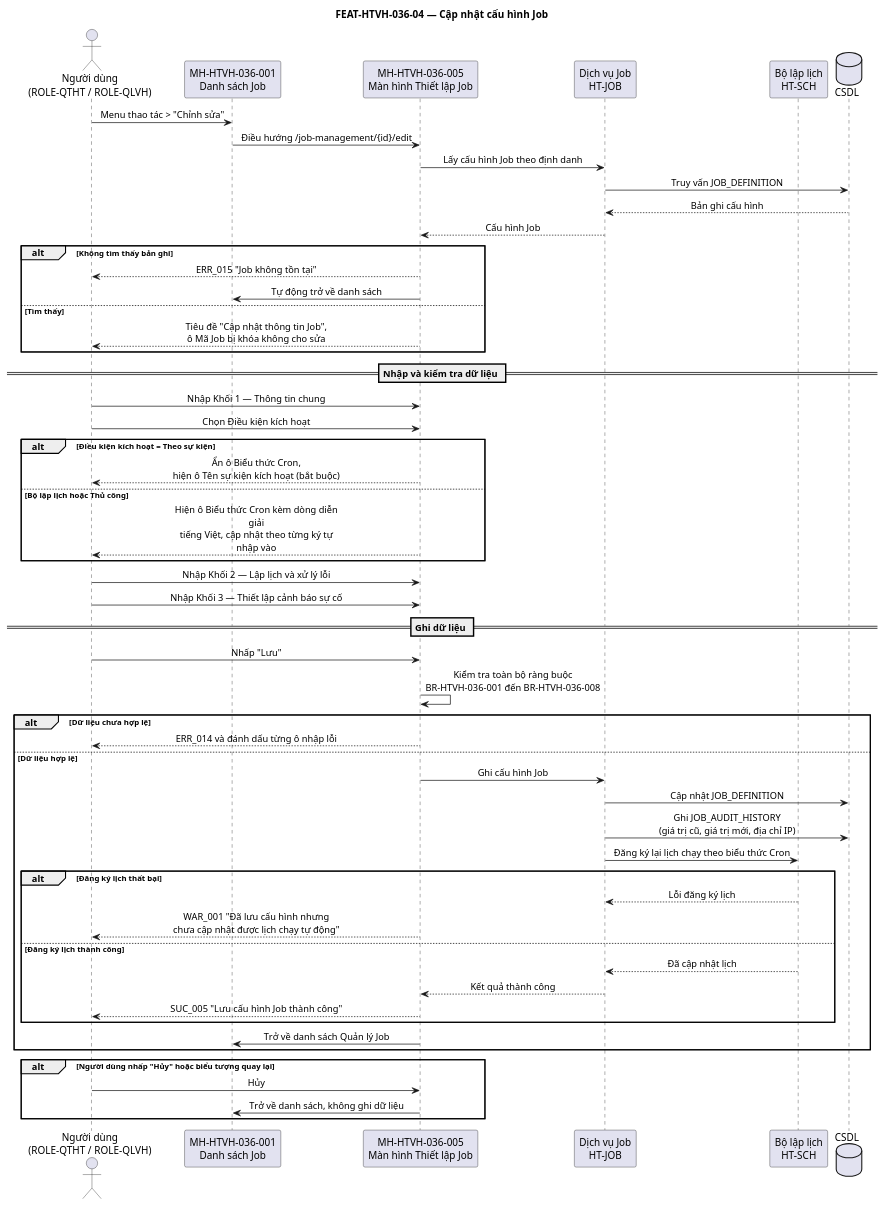
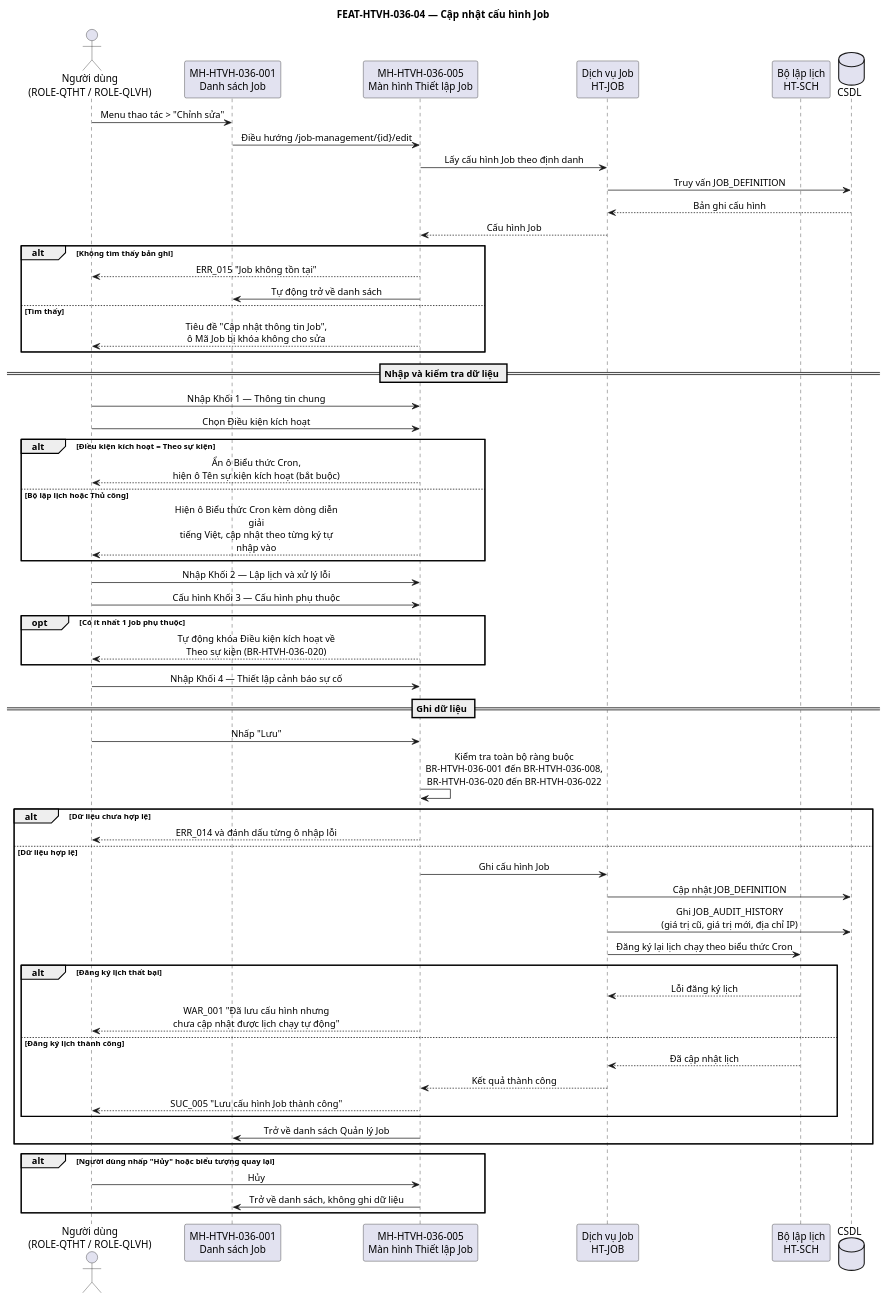
One commit to NgocTDA/cic-core-system changed the diagram in docs/specifications/diagrams/FUNC-HTVH-036_seq-04.puml. Above: the diagram before and after it, drawn with PlantUML. The commit also changed 15 other files, not shown here.

```diff
--- a/docs/specifications/diagrams/FUNC-HTVH-036_seq-04.puml
+++ b/docs/specifications/diagrams/FUNC-HTVH-036_seq-04.puml
@@ -1,67 +1,71 @@
 @startuml FUNC-HTVH-036_seq-04
 title FEAT-HTVH-036-04 — Cập nhật cấu hình Job
 
 skinparam sequenceMessageAlign center
 skinparam maxMessageSize 250
 
 actor "Người dùng\n(ROLE-QTHT / ROLE-QLVH)" as NSD
 participant "MH-HTVH-036-001\nDanh sách Job" as MH_DS
 participant "MH-HTVH-036-005\nMàn hình Thiết lập Job" as MH_FORM
 participant "Dịch vụ Job\nHT-JOB" as HT_JOB
 participant "Bộ lập lịch\nHT-SCH" as HT_SCH
 database "CSDL" as CSDL
 
 NSD -> MH_DS : Menu thao tác > "Chỉnh sửa"
 MH_DS -> MH_FORM : Điều hướng /job-management/{id}/edit
 MH_FORM -> HT_JOB : Lấy cấu hình Job theo định danh
 HT_JOB -> CSDL : Truy vấn JOB_DEFINITION
 CSDL --> HT_JOB : Bản ghi cấu hình
 HT_JOB --> MH_FORM : Cấu hình Job
 alt Không tìm thấy bản ghi
   MH_FORM --> NSD : ERR_015 "Job không tồn tại"
   MH_FORM -> MH_DS : Tự động trở về danh sách
 else Tìm thấy
   MH_FORM --> NSD : Tiêu đề "Cập nhật thông tin Job",\nô Mã Job bị khóa không cho sửa
 end
 
 == Nhập và kiểm tra dữ liệu ==
 NSD -> MH_FORM : Nhập Khối 1 — Thông tin chung
 
 NSD -> MH_FORM : Chọn Điều kiện kích hoạt
 alt Điều kiện kích hoạt = Theo sự kiện
   MH_FORM --> NSD : Ẩn ô Biểu thức Cron,\nhiện ô Tên sự kiện kích hoạt (bắt buộc)
 else Bộ lập lịch hoặc Thủ công
   MH_FORM --> NSD : Hiện ô Biểu thức Cron kèm dòng diễn giải\ntiếng Việt, cập nhật theo từng ký tự nhập vào
 end
 
 NSD -> MH_FORM : Nhập Khối 2 — Lập lịch và xử lý lỗi
-NSD -> MH_FORM : Nhập Khối 3 — Thiết lập cảnh báo sự cố
+NSD -> MH_FORM : Cấu hình Khối 3 — Cấu hình phụ thuộc
+opt Có ít nhất 1 Job phụ thuộc
+  MH_FORM --> NSD : Tự động khóa Điều kiện kích hoạt về Theo sự kiện (BR-HTVH-036-020)
+end
+NSD -> MH_FORM : Nhập Khối 4 — Thiết lập cảnh báo sự cố
 
 == Ghi dữ liệu ==
 NSD -> MH_FORM : Nhấp "Lưu"
-MH_FORM -> MH_FORM : Kiểm tra toàn bộ ràng buộc\nBR-HTVH-036-001 đến BR-HTVH-036-008
+MH_FORM -> MH_FORM : Kiểm tra toàn bộ ràng buộc\nBR-HTVH-036-001 đến BR-HTVH-036-008,\nBR-HTVH-036-020 đến BR-HTVH-036-022
 
 alt Dữ liệu chưa hợp lệ
   MH_FORM --> NSD : ERR_014 và đánh dấu từng ô nhập lỗi
 else Dữ liệu hợp lệ
   MH_FORM -> HT_JOB : Ghi cấu hình Job
   HT_JOB -> CSDL : Cập nhật JOB_DEFINITION
   HT_JOB -> CSDL : Ghi JOB_AUDIT_HISTORY\n(giá trị cũ, giá trị mới, địa chỉ IP)
   HT_JOB -> HT_SCH : Đăng ký lại lịch chạy theo biểu thức Cron
   alt Đăng ký lịch thất bại
     HT_SCH --> HT_JOB : Lỗi đăng ký lịch
     MH_FORM --> NSD : WAR_001 "Đã lưu cấu hình nhưng\nchưa cập nhật được lịch chạy tự động"
   else Đăng ký lịch thành công
     HT_SCH --> HT_JOB : Đã cập nhật lịch
     HT_JOB --> MH_FORM : Kết quả thành công
     MH_FORM --> NSD : SUC_005 "Lưu cấu hình Job thành công"
   end
   MH_FORM -> MH_DS : Trở về danh sách Quản lý Job
 end
 
 alt Người dùng nhấp "Hủy" hoặc biểu tượng quay lại
   NSD -> MH_FORM : Hủy
   MH_FORM -> MH_DS : Trở về danh sách, không ghi dữ liệu
 end
 
 @enduml
```
